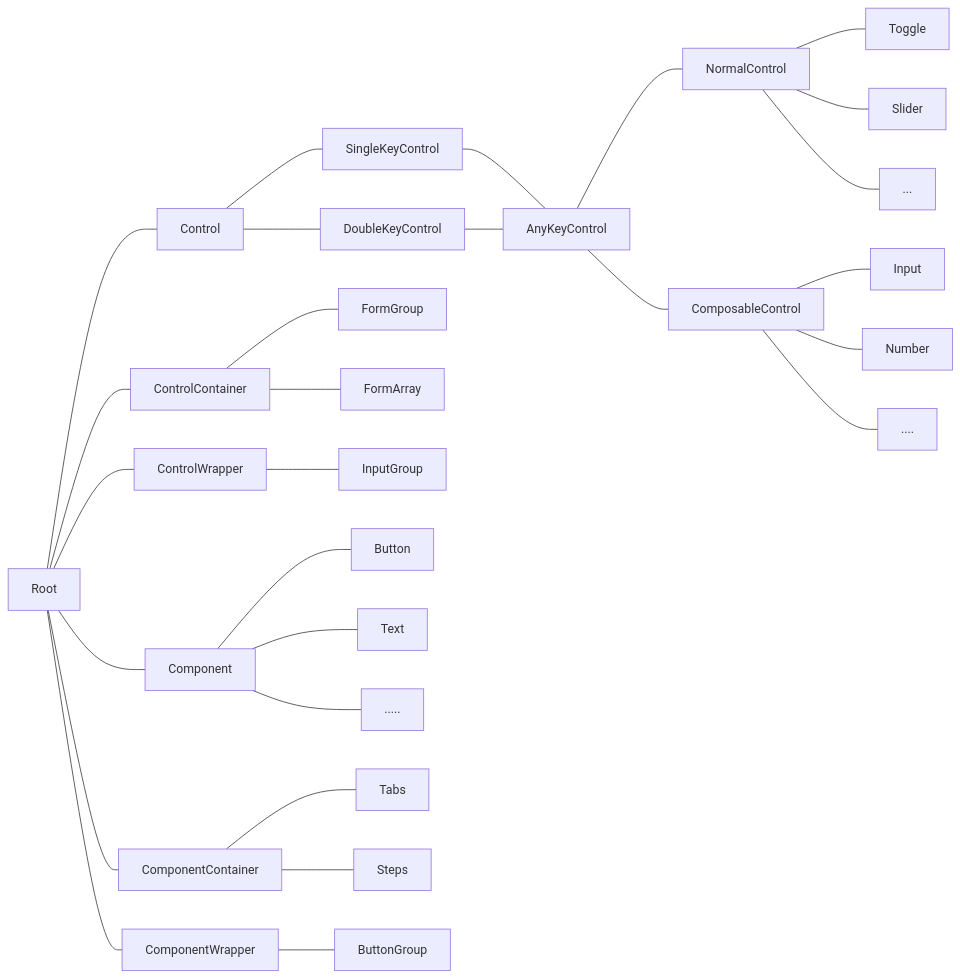
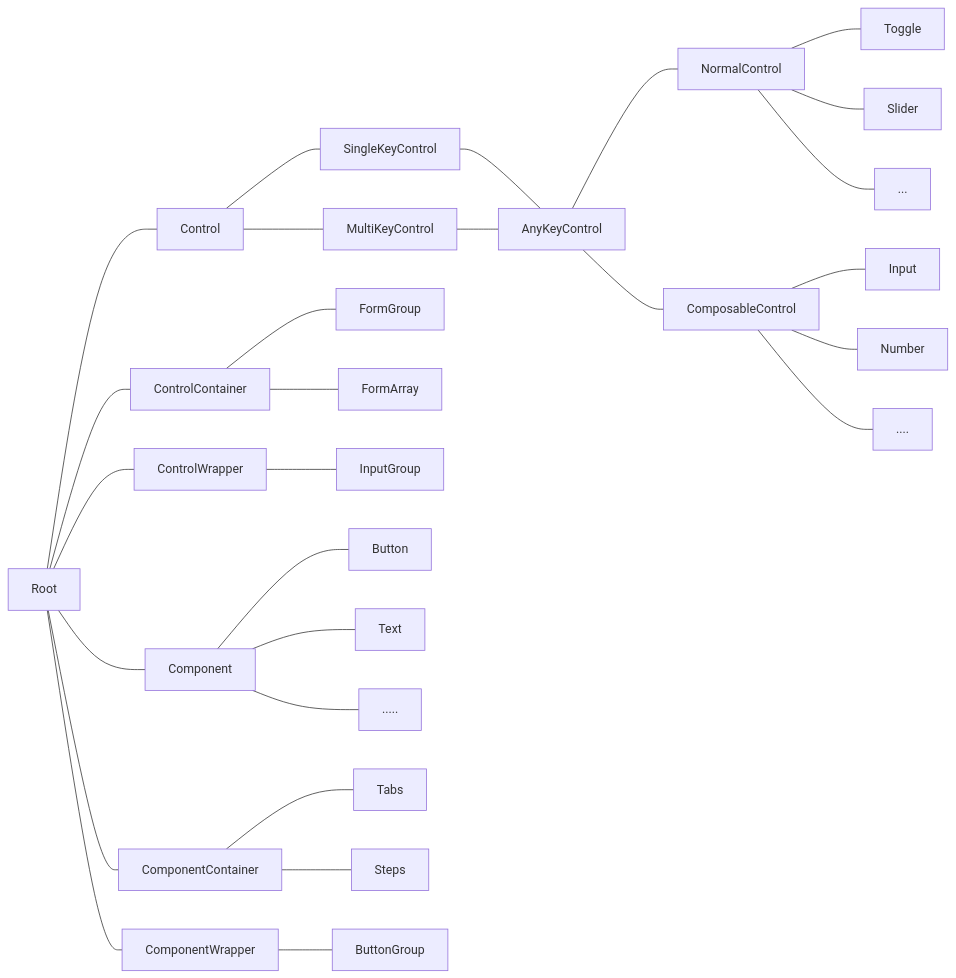
One commit to fluent-form/fluent-form changed the diagram in DESIGN.md. Above: the diagram before and after it, drawn with Mermaid. The commit also changed 26 other files, not shown here.

Commit message:
feat: support for multi key control

````diff
--- a/DESIGN.md
+++ b/DESIGN.md
@@ -1,38 +1,38 @@
 ```mermaid
 graph LR
 
 Root --- Control
 Root --- ControlContainer
 Root --- ControlWrapper
 Root --- Component
 Root --- ComponentContainer
 Root --- ComponentWrapper
 
 Control --- SingleKeyControl --- AnyKeyControl
-Control --- DoubleKeyControl --- AnyKeyControl
+Control --- MultiKeyControl --- AnyKeyControl
 
 AnyKeyControl --- NormalControl
 AnyKeyControl --- ComposableControl
 
 NormalControl --- Toggle
 NormalControl --- Slider
 NormalControl --- ...
 
 ComposableControl --- Input
 ComposableControl --- Number
 ComposableControl --- ....
 
 ControlContainer --- FormGroup
 ControlContainer --- FormArray
 
 ControlWrapper --- InputGroup
 
 Component --- Button
 Component --- Text
 Component --- .....
 
 ComponentContainer --- Tabs
 ComponentContainer --- Steps
 
 ComponentWrapper --- ButtonGroup
 ```
````
